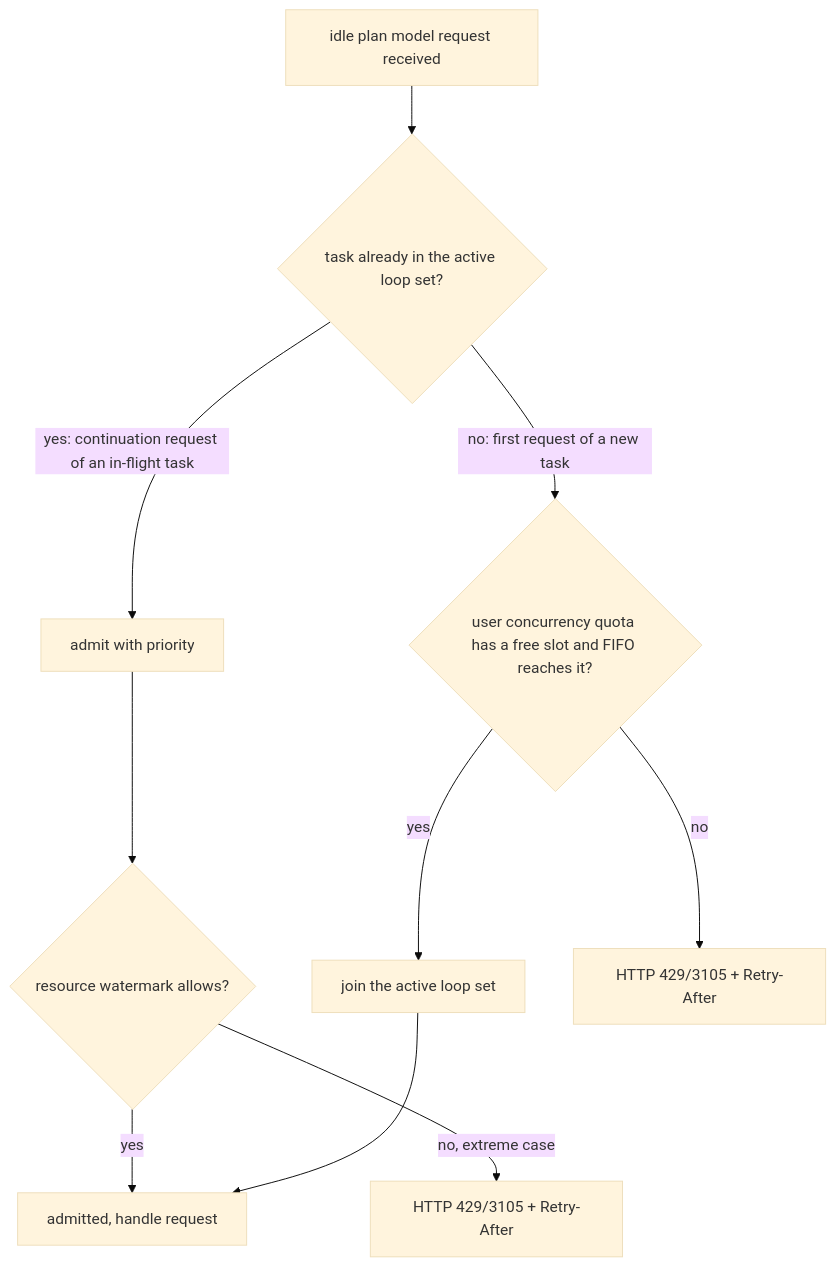
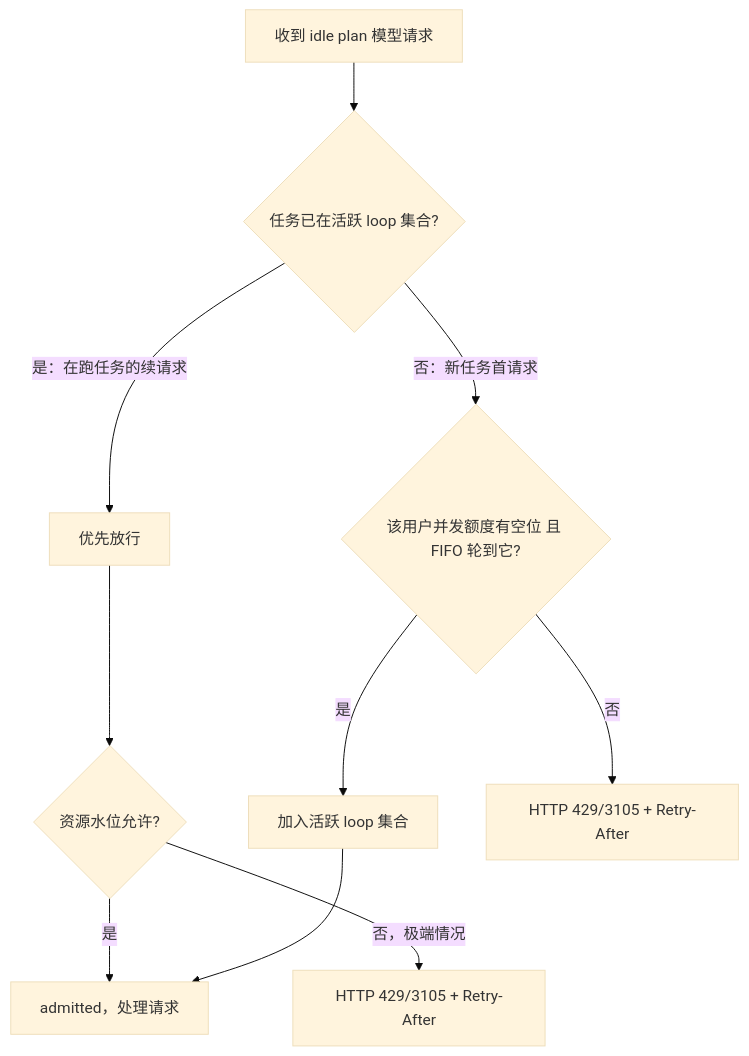
One commit to osben/ZCode changed the ninth of 11 diagrams in docs/off-peak-task/tech-design.md. Above: the diagram before and after it, drawn with Mermaid (base theme). The commit also changed other lines of this file and 5391 other files, not shown here.

````diff
--- a/docs/off-peak-task/tech-design.md
+++ b/docs/off-peak-task/tech-design.md
@@ -799,11 +709,11 @@
 ```mermaid
 flowchart TD
-  R[idle plan model request received] --> A{task already in the active loop set?}
-  A -->|yes: continuation request of an in-flight task| P[admit with priority]
-  P --> C{resource watermark allows?}
-  C -->|yes| OK[admitted, handle request]
-  C -->|no, extreme case| W1[HTTP 429/3105 + Retry-After]
-  A -->|no: first request of a new task| F{user concurrency quota has a free slot and FIFO reaches it?}
-  F -->|yes| J[join the active loop set] --> OK
-  F -->|no| W2[HTTP 429/3105 + Retry-After]
+  R[收到 idle plan 模型请求] --> A{任务已在活跃 loop 集合?}
+  A -->|是：在跑任务的续请求| P[优先放行]
+  P --> C{资源水位允许?}
+  C -->|是| OK[admitted，处理请求]
+  C -->|否，极端情况| W1[HTTP 429/3105 + Retry-After]
+  A -->|否：新任务首请求| F{该用户并发额度有空位 且 FIFO 轮到它?}
+  F -->|是| J[加入活跃 loop 集合] --> OK
+  F -->|否| W2[HTTP 429/3105 + Retry-After]
 ```
````
